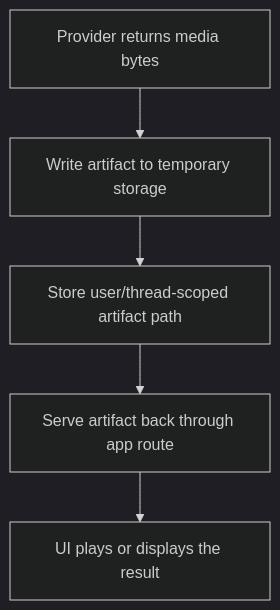
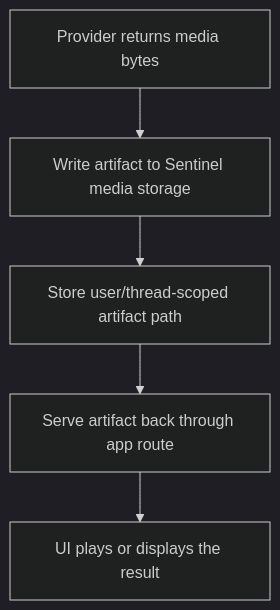
Before and after one commit to Cronacl/Sentinel: the diagram in docs/product/engines-and-runtime/generated-media.md, drawn with Mermaid (dark theme). The commit also changed other lines of this file and 14 other files, not shown here.

````diff
--- a/docs/product/engines-and-runtime/generated-media.md
+++ b/docs/product/engines-and-runtime/generated-media.md
@@ -41,7 +41,7 @@
 ```mermaid
 flowchart TD
-    A["Provider returns media bytes"] --> B["Write artifact to temporary storage"]
+    A["Provider returns media bytes"] --> B["Write artifact to Sentinel media storage"]
     B --> C["Store user/thread-scoped artifact path"]
     C --> D["Serve artifact back through app route"]
     D --> E["UI plays or displays the result"]
 ```
````
